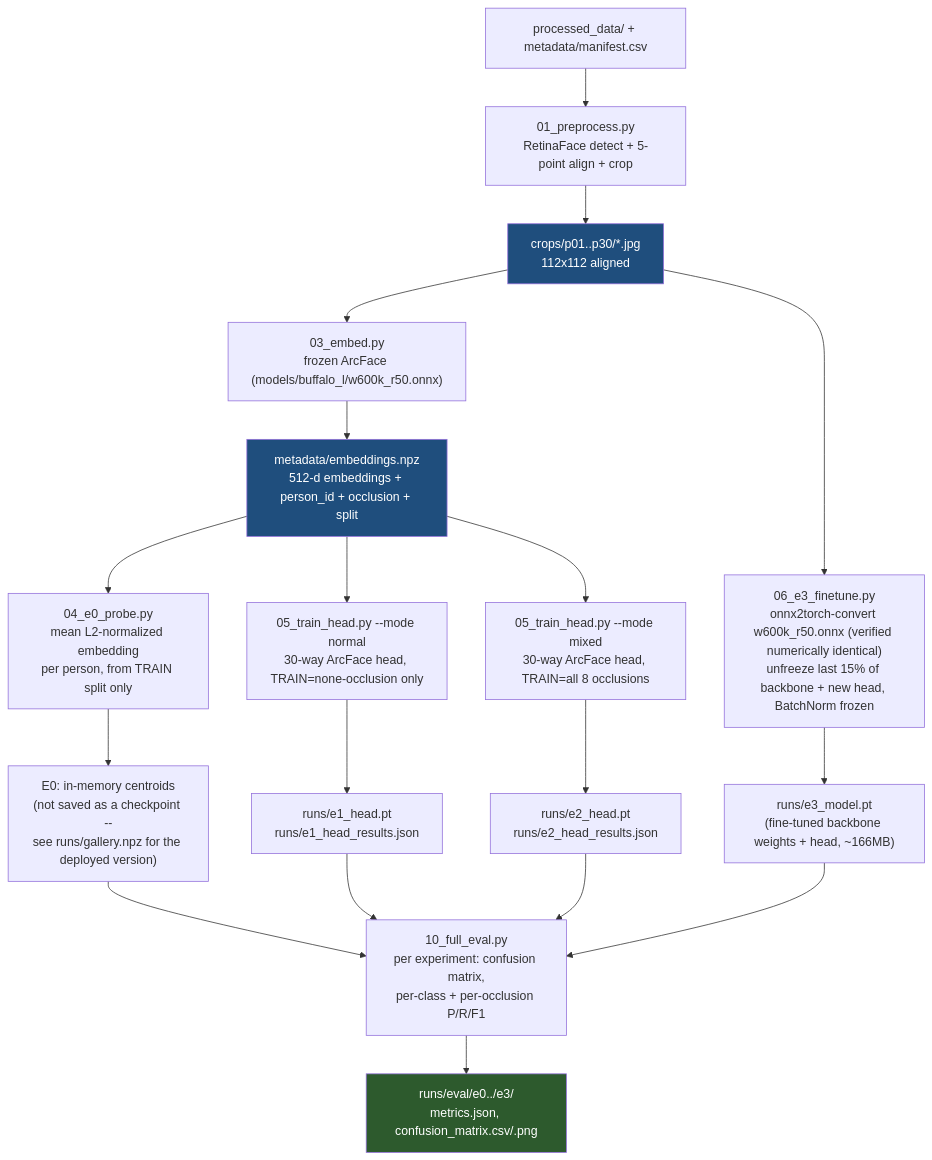
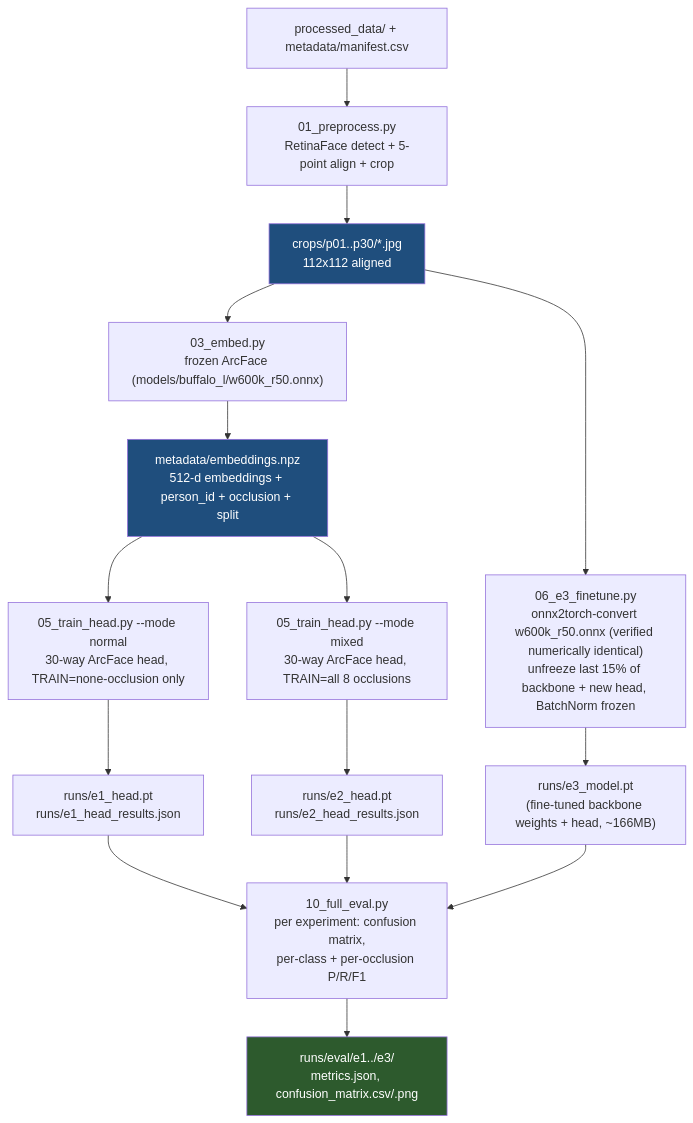
Before and after one commit to MishtiAloo/ML-train: the third of 4 diagrams in docs/arch.md, drawn with Mermaid. The commit also changed other lines of this file and 7 other files, not shown here.

````diff
--- a/docs/arch.md
+++ b/docs/arch.md
@@ -76,26 +76,23 @@
 ```mermaid
 flowchart TD
     A["processed_data/ + metadata/manifest.csv"] --> B["01_preprocess.py<br/>RetinaFace detect + 5-point align + crop"]
     B --> C["crops/p01..p30/*.jpg<br/>112x112 aligned"]
     C --> D["03_embed.py<br/>frozen ArcFace (models/buffalo_l/w600k_r50.onnx)"]
     D --> E["metadata/embeddings.npz<br/>512-d embeddings + person_id + occlusion + split"]
-
-    E --> F["04_e0_probe.py<br/>mean L2-normalized embedding<br/>per person, from TRAIN split only"]
-    F --> F1["E0: in-memory centroids<br/>(not saved as a checkpoint --<br/>see runs/gallery.npz for the deployed version)"]
 
     E --> G["05_train_head.py --mode normal<br/>30-way ArcFace head, TRAIN=none-occlusion only"]
     G --> G1["runs/e1_head.pt<br/>runs/e1_head_results.json"]
 
     E --> H["05_train_head.py --mode mixed<br/>30-way ArcFace head, TRAIN=all 8 occlusions"]
     H --> H1["runs/e2_head.pt<br/>runs/e2_head_results.json"]
 
     C --> I["06_e3_finetune.py<br/>onnx2torch-convert w600k_r50.onnx (verified numerically identical)<br/>unfreeze last 15% of backbone + new head, BatchNorm frozen"]
     I --> I1["runs/e3_model.pt<br/>(fine-tuned backbone weights + head, ~166MB)"]
 
-    F1 & G1 & H1 & I1 --> J["10_full_eval.py<br/>per experiment: confusion matrix,<br/>per-class + per-occlusion P/R/F1"]
-    J --> K["runs/eval/e0../e3/<br/>metrics.json, confusion_matrix.csv/.png"]
+    G1 & H1 & I1 --> J["10_full_eval.py<br/>per experiment: confusion matrix,<br/>per-class + per-occlusion P/R/F1"]
+    J --> K["runs/eval/e1../e3/<br/>metrics.json, confusion_matrix.csv/.png"]
 
     style E fill:#1f4e7d,color:#fff
     style C fill:#1f4e7d,color:#fff
     style K fill:#2d5a2d,color:#fff
 ```
````
